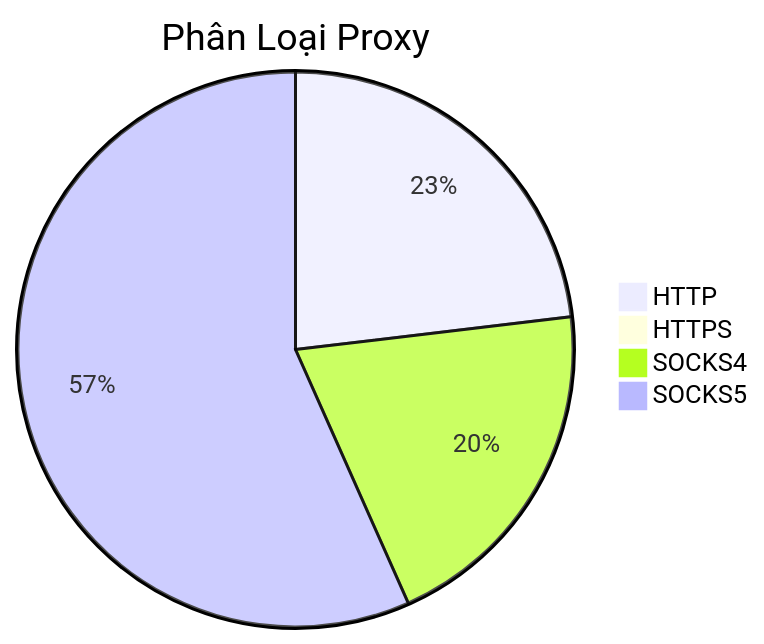
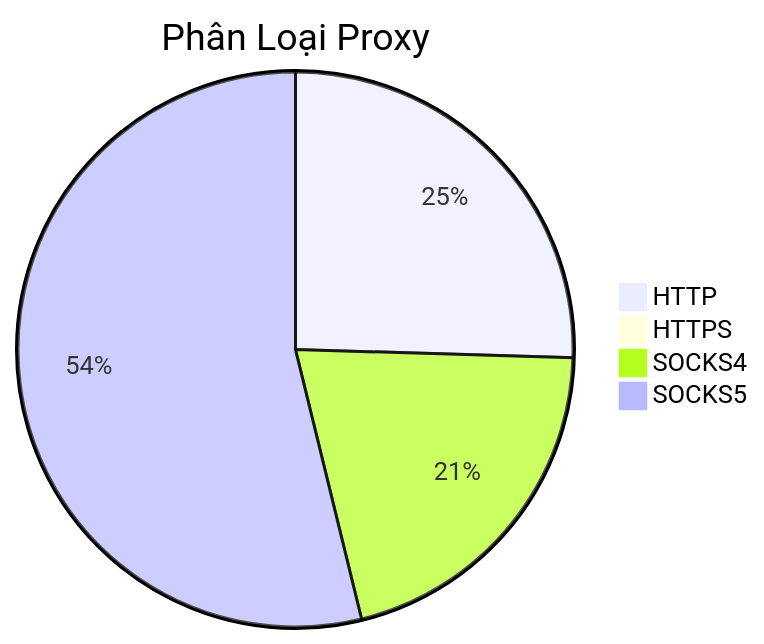
The diagram in README.md (Ciara-Aa/PROXY-free), drawn with Mermaid before and after one commit. The commit also changed other lines of this file and 3 other files, not shown here.

````diff
--- a/README.md
+++ b/README.md
@@ -26,7 +26,7 @@
 ```mermaid
 pie title Phân Loại Proxy
-    "HTTP" : 184
+    "HTTP" : 203
     "HTTPS" : 2
-    "SOCKS4" : 161
-    "SOCKS5" : 451
+    "SOCKS4" : 165
+    "SOCKS5" : 429
 ```
````
